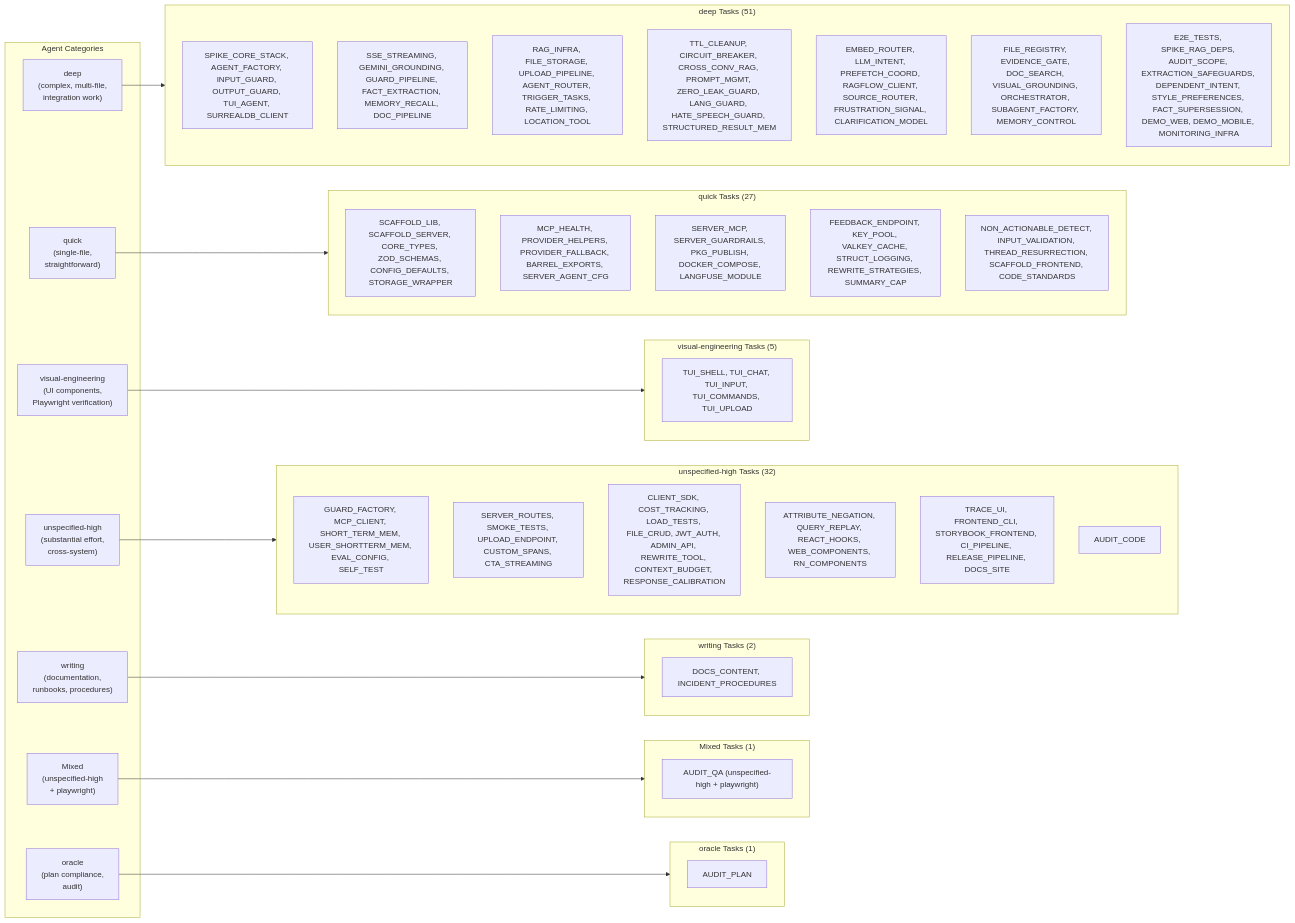
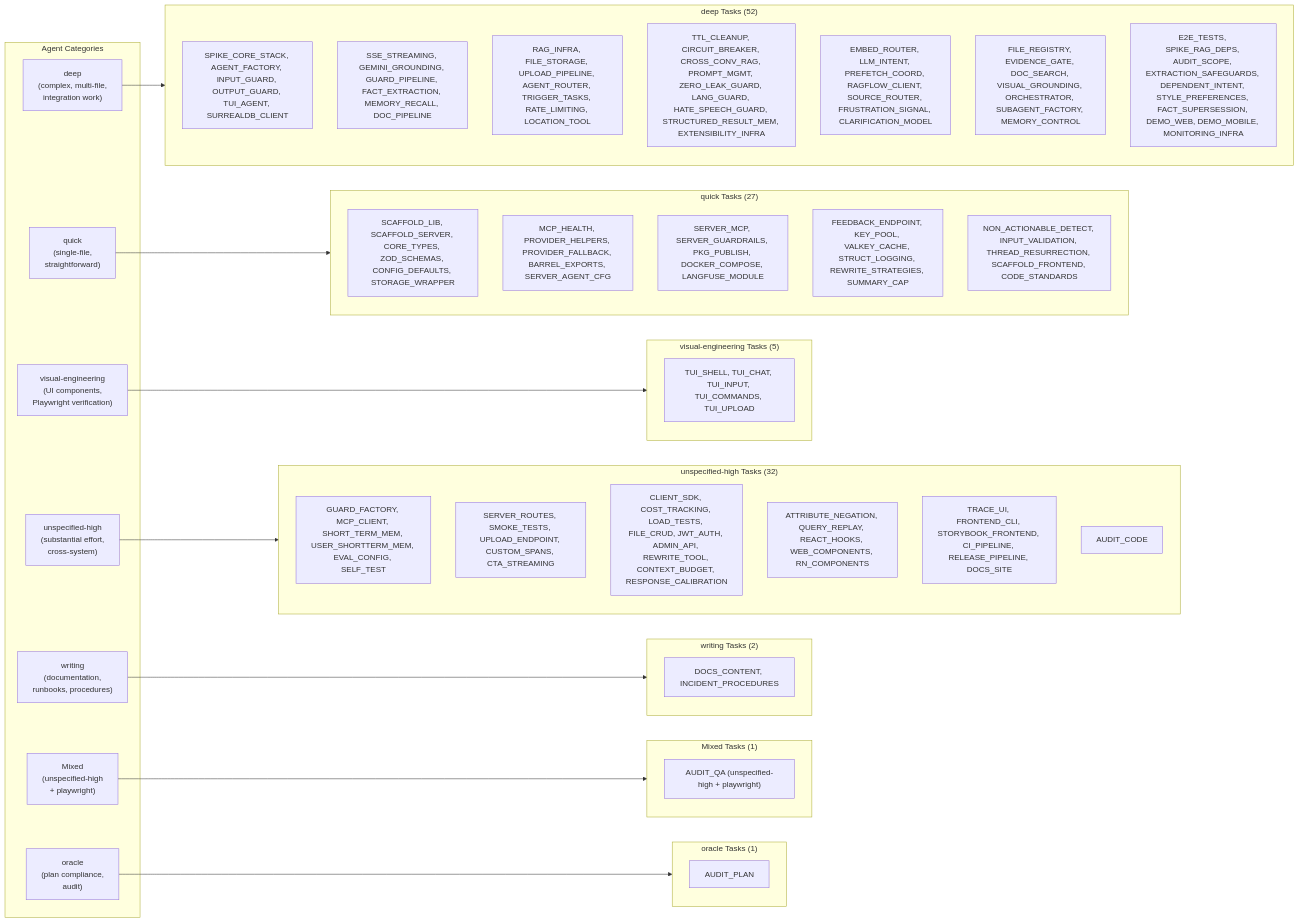
Before and after one commit to 1qh/safeagent: the ninth of 10 diagrams in plan/17-execution.md, drawn with Mermaid. The commit also changed other lines of this file and 4 other files, not shown here.

Commit message:
Integrate extensibility plan: add file 24, update overview, testing (+189 lines), execution (119→120 tasks), and navigation

````diff
--- a/plan/17-execution.md
+++ b/plan/17-execution.md
@@ -903,63 +906,63 @@
 ```mermaid
 graph LR
     subgraph AGENT_TYPES["Agent Categories"]
         DEEP["deep<br/>(complex, multi-file,<br/>integration work)"]
         QUICK["quick<br/>(single-file,<br/>straightforward)"]
         VIS["visual-engineering<br/>(UI components,<br/>Playwright verification)"]
         UHIGH["unspecified-high<br/>(substantial effort,<br/>cross-system)"]
         WRITING["writing<br/>(documentation,<br/>runbooks, procedures)"]
         MIXED["Mixed<br/>(unspecified-high<br/>+ playwright)"]
         ORACLE["oracle<br/>(plan compliance,<br/>audit)"]
     end
 
-    subgraph DEEP_TASKS["deep Tasks (51)"]
+    subgraph DEEP_TASKS["deep Tasks (52)"]
         DEEP_FOUND["SPIKE_CORE_STACK, AGENT_FACTORY, INPUT_GUARD, OUTPUT_GUARD, TUI_AGENT, SURREALDB_CLIENT"]
         DEEP_STREAM["SSE_STREAMING, GEMINI_GROUNDING, GUARD_PIPELINE, FACT_EXTRACTION, MEMORY_RECALL, DOC_PIPELINE"]
         DEEP_RAG["RAG_INFRA, FILE_STORAGE, UPLOAD_PIPELINE, AGENT_ROUTER, TRIGGER_TASKS, RATE_LIMITING, LOCATION_TOOL"]
-        DEEP_INFRA["TTL_CLEANUP, CIRCUIT_BREAKER, CROSS_CONV_RAG, PROMPT_MGMT, ZERO_LEAK_GUARD, LANG_GUARD, HATE_SPEECH_GUARD, STRUCTURED_RESULT_MEM"]
+        DEEP_INFRA["TTL_CLEANUP, CIRCUIT_BREAKER, CROSS_CONV_RAG, PROMPT_MGMT, ZERO_LEAK_GUARD, LANG_GUARD, HATE_SPEECH_GUARD, STRUCTURED_RESULT_MEM, EXTENSIBILITY_INFRA"]
         DEEP_INTENT["EMBED_ROUTER, LLM_INTENT, PREFETCH_COORD, RAGFLOW_CLIENT, SOURCE_ROUTER, FRUSTRATION_SIGNAL, CLARIFICATION_MODEL"]
         DEEP_INTEL["FILE_REGISTRY, EVIDENCE_GATE, DOC_SEARCH, VISUAL_GROUNDING, ORCHESTRATOR, SUBAGENT_FACTORY, MEMORY_CONTROL"]
         DEEP_FINAL["E2E_TESTS, SPIKE_RAG_DEPS, AUDIT_SCOPE, EXTRACTION_SAFEGUARDS, DEPENDENT_INTENT, STYLE_PREFERENCES, FACT_SUPERSESSION, DEMO_WEB, DEMO_MOBILE, MONITORING_INFRA"]
     end
 
     subgraph QUICK_TASKS["quick Tasks (27)"]
         QUICK_FOUND["SCAFFOLD_LIB, SCAFFOLD_SERVER, CORE_TYPES, ZOD_SCHEMAS, CONFIG_DEFAULTS, STORAGE_WRAPPER"]
         QUICK_INFRA["MCP_HEALTH, PROVIDER_HELPERS, PROVIDER_FALLBACK, BARREL_EXPORTS, SERVER_AGENT_CFG"]
         QUICK_SERVER["SERVER_MCP, SERVER_GUARDRAILS, PKG_PUBLISH, DOCKER_COMPOSE, LANGFUSE_MODULE"]
         QUICK_UTIL["FEEDBACK_ENDPOINT, KEY_POOL, VALKEY_CACHE, STRUCT_LOGGING, REWRITE_STRATEGIES, SUMMARY_CAP"]
         QUICK_ENGINE["NON_ACTIONABLE_DETECT, INPUT_VALIDATION, THREAD_RESURRECTION, SCAFFOLD_FRONTEND, CODE_STANDARDS"]
     end
 
     subgraph VIS_TASKS["visual-engineering Tasks (5)"]
         VIS_TUI_TASKS["TUI_SHELL, TUI_CHAT, TUI_INPUT, TUI_COMMANDS, TUI_UPLOAD"]
     end
 
     subgraph U_HIGH_TASKS["unspecified-high Tasks (32)"]
         UHIGH_GUARD_MCP["GUARD_FACTORY, MCP_CLIENT, SHORT_TERM_MEM, USER_SHORTTERM_MEM, EVAL_CONFIG, SELF_TEST"]
         UHIGH_SERVER_SMOKE["SERVER_ROUTES, SMOKE_TESTS, UPLOAD_ENDPOINT, CUSTOM_SPANS, CTA_STREAMING"]
         UHIGH_CLIENT_COST["CLIENT_SDK, COST_TRACKING, LOAD_TESTS, FILE_CRUD, JWT_AUTH, ADMIN_API, REWRITE_TOOL, CONTEXT_BUDGET, RESPONSE_CALIBRATION"]
         UHIGH_INTENT["ATTRIBUTE_NEGATION, QUERY_REPLAY, REACT_HOOKS, WEB_COMPONENTS, RN_COMPONENTS"]
         UHIGH_FRONTEND["TRACE_UI, FRONTEND_CLI, STORYBOOK_FRONTEND, CI_PIPELINE, RELEASE_PIPELINE, DOCS_SITE"]
         UHIGH_AUDIT_CODE["AUDIT_CODE"]
     end
 
     subgraph WRITING_TASKS["writing Tasks (2)"]
         WRITING_OPS["DOCS_CONTENT, INCIDENT_PROCEDURES"]
     end
 
     subgraph MIXED_TASKS["Mixed Tasks (1)"]
         MIXED_AUDIT_QA["AUDIT_QA (unspecified-high + playwright)"]
     end
 
     subgraph ORACLE_TASKS["oracle Tasks (1)"]
         ORACLE_AUDIT_PLAN["AUDIT_PLAN"]
     end
 
     DEEP --> DEEP_TASKS
     QUICK --> QUICK_TASKS
     VIS --> VIS_TASKS
     UHIGH --> U_HIGH_TASKS
     WRITING --> WRITING_TASKS
     MIXED --> MIXED_TASKS
     ORACLE --> ORACLE_TASKS
 ```
````
